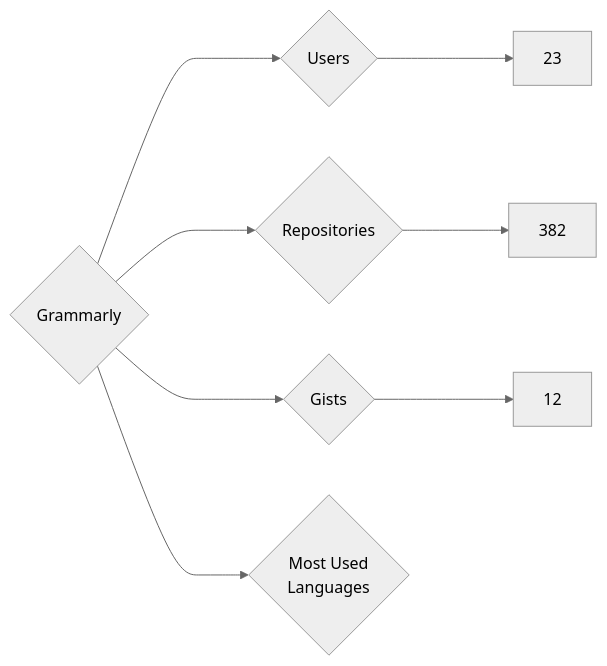
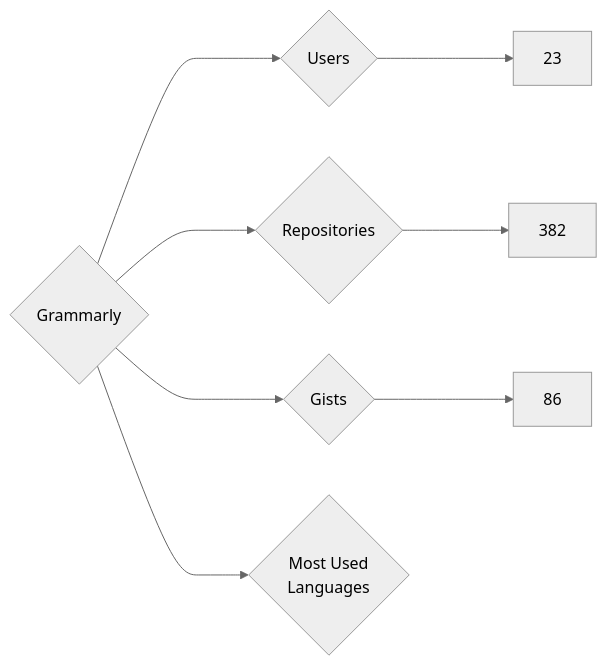
Before and after one commit to nenadzaric/insiders: the diagram in targets/Grammarly/README.md, drawn with Mermaid (neutral theme). The commit also changed 1342 other files, not shown here.

````diff
--- a/targets/Grammarly/README.md
+++ b/targets/Grammarly/README.md
@@ -3,8 +3,8 @@
 ```mermaid
 graph LR
 COMPANY_NAME{Grammarly}
 COMPANY_NAME ---> U{Users} ---> UN[23]
 COMPANY_NAME ---> R{Repositories} ---> RN[382]
-COMPANY_NAME ---> G{Gists} ---> GN[12]
+COMPANY_NAME ---> G{Gists} ---> GN[86]
 COMPANY_NAME ---> ML{Most Used<br>Languages}
 ```
````
